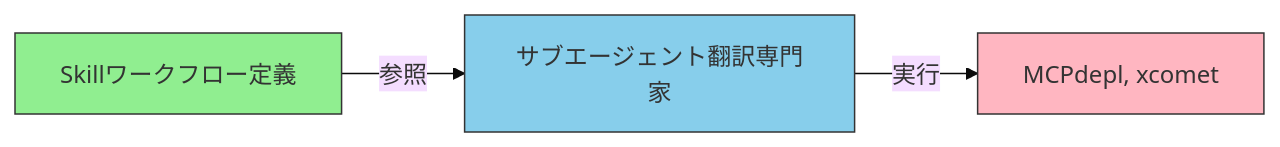
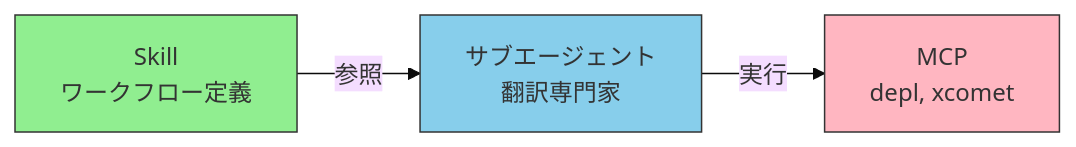
The second of 2 diagrams in docs/ja/agents/what-is-subagent.md (shuji-bonji/ai-agent-architecture), drawn with Mermaid (base theme) before and after one commit. The commit also changed other lines of this file and 8 other files, not shown here.

````diff
--- a/docs/ja/agents/what-is-subagent.md
+++ b/docs/ja/agents/what-is-subagent.md
@@ -206,9 +206,9 @@
 ```mermaid
 flowchart LR
-    SKILL["Skill<bn>ワークフロー定義"] -->|"参照"| AGENT["サブエージェント<bn>翻訳専門家"]
-    AGENT -->|"実行"| MCP["MCP<bn>depl, xcomet"]
+    SKILL["Skill<br>ワークフロー定義"] -->|"参照"| AGENT["サブエージェント<br>翻訳専門家"]
+    AGENT -->|"実行"| MCP["MCP<br>depl, xcomet"]
 
     style SKILL fill:#90EE90,color:#333,stroke:#333
     style MCP fill:#FFB6C1,color:#333,stroke:#333
     style AGENT fill:#87CEEB,color:#333,stroke:#333
 ```
````
